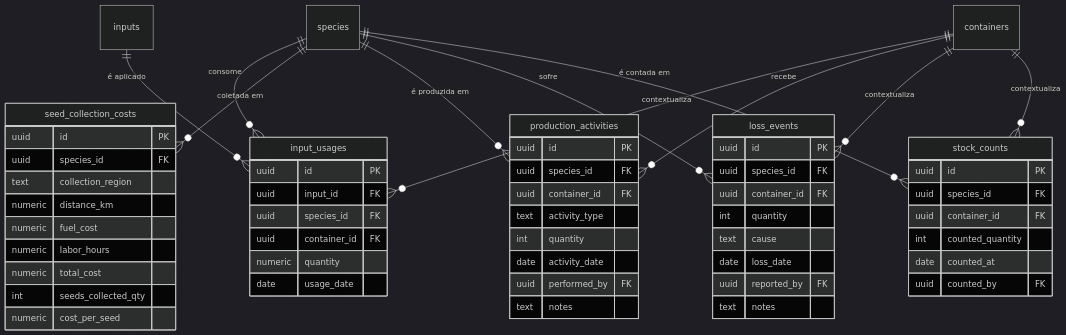
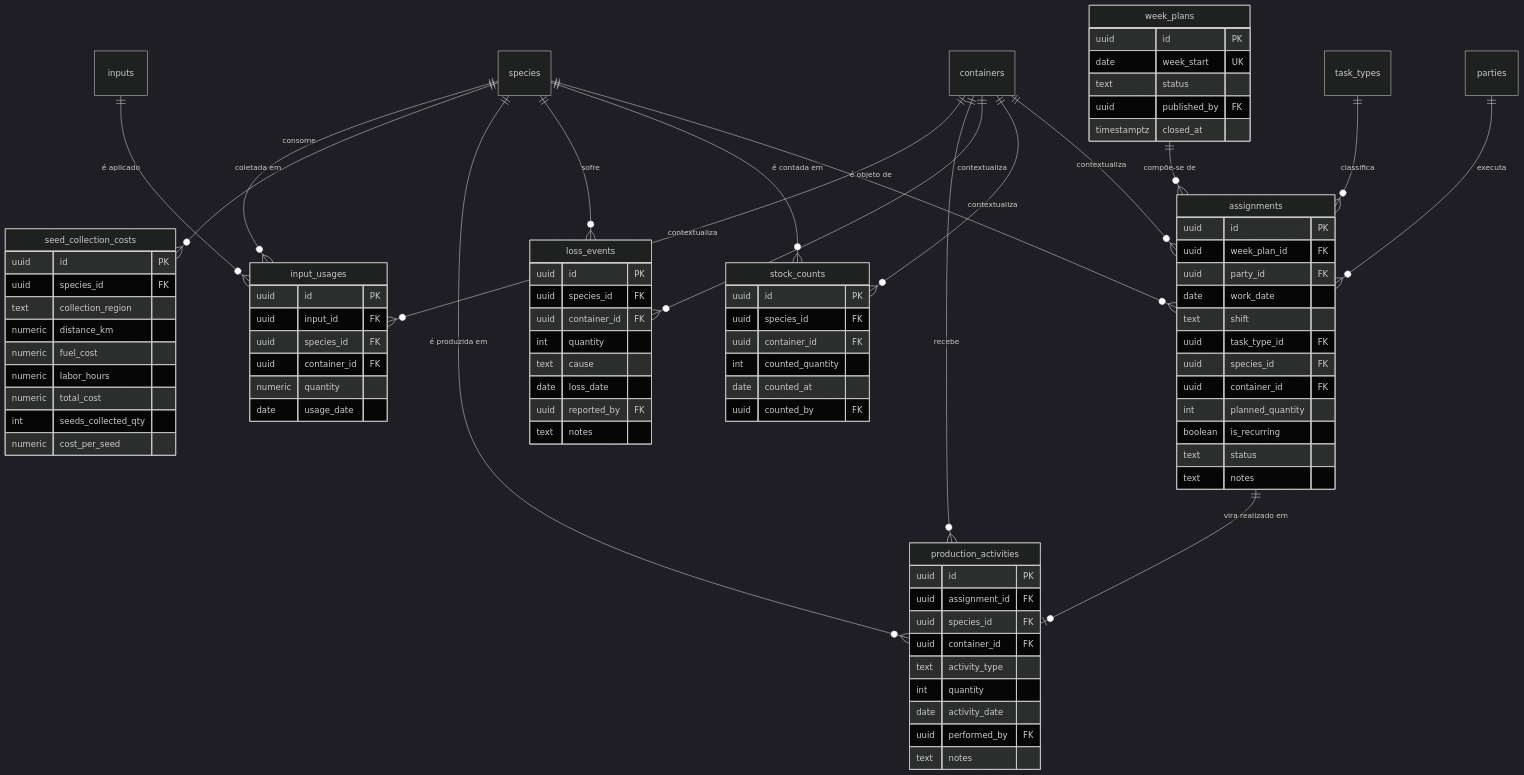
One commit to JoaoMudar/mudar changed the fourth of 6 diagrams in docs/engenharia/C-modelagem/C6-modelo-entidade-relacionamento.md. Above: the diagram before and after it, drawn with Mermaid (dark theme). The commit also changed other lines of this file and 33 other files, not shown here.

````diff
--- a/docs/engenharia/C-modelagem/C6-modelo-entidade-relacionamento.md
+++ b/docs/engenharia/C-modelagem/C6-modelo-entidade-relacionamento.md
@@ -346,6 +369,7 @@
   }
   production_activities {
     uuid id PK
+    uuid assignment_id FK
     uuid species_id FK
     uuid container_id FK
     text activity_type
@@ -372,6 +396,27 @@
     date counted_at
     uuid counted_by FK
   }
+  week_plans {
+    uuid id PK
+    date week_start UK
+    text status
+    uuid published_by FK
+    timestamptz closed_at
+  }
+  assignments {
+    uuid id PK
+    uuid week_plan_id FK
+    uuid party_id FK
+    date work_date
+    text shift
+    uuid task_type_id FK
+    uuid species_id FK
+    uuid container_id FK
+    int planned_quantity
+    boolean is_recurring
+    text status
+    text notes
+  }
 
   species    ||--o{ input_usages          : "consome"
   containers ||--o{ input_usages          : "contextualiza"
@@ -383,4 +428,10 @@
   containers ||--o{ loss_events           : "contextualiza"
   species    ||--o{ stock_counts          : "é contada em"
   containers ||--o{ stock_counts          : "contextualiza"
+  week_plans ||--o{ assignments           : "compõe-se de"
+  task_types ||--o{ assignments           : "classifica"
+  parties    ||--o{ assignments           : "executa"
+  species    ||--o{ assignments           : "é objeto de"
+  containers ||--o{ assignments           : "contextualiza"
+  assignments ||--o| production_activities : "vira realizado em"
 ```
````
